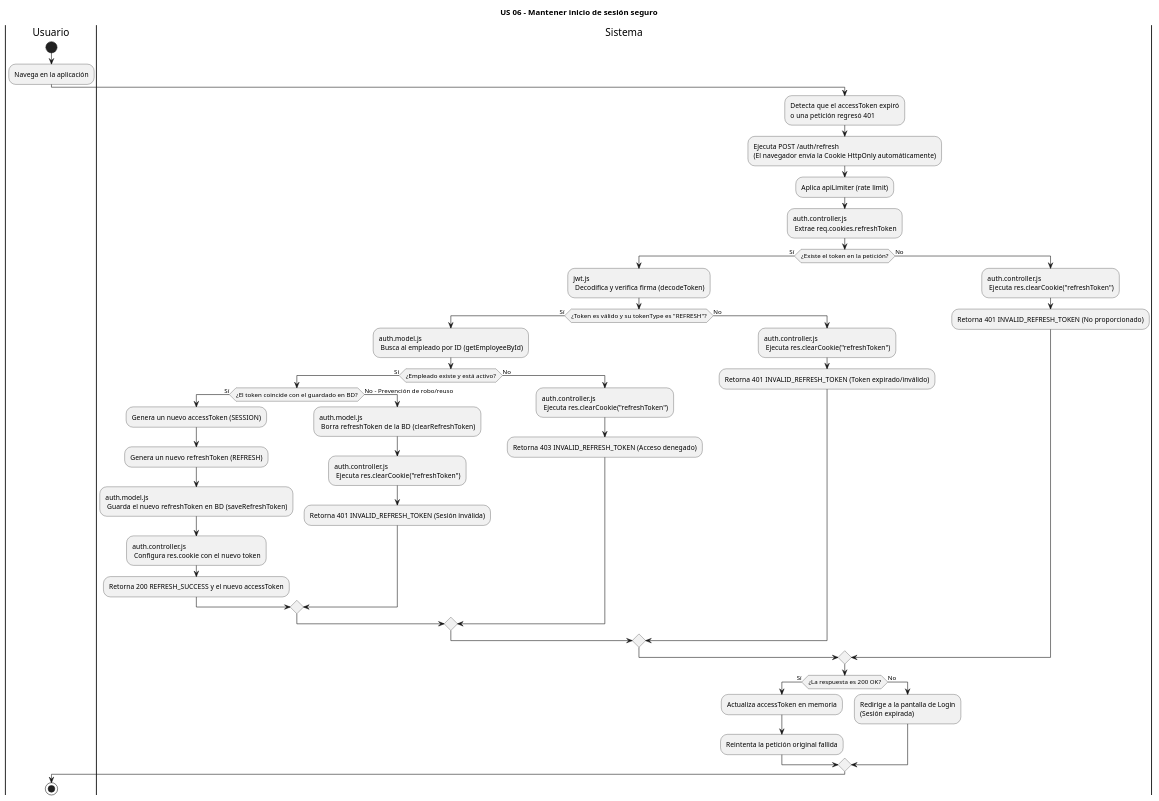
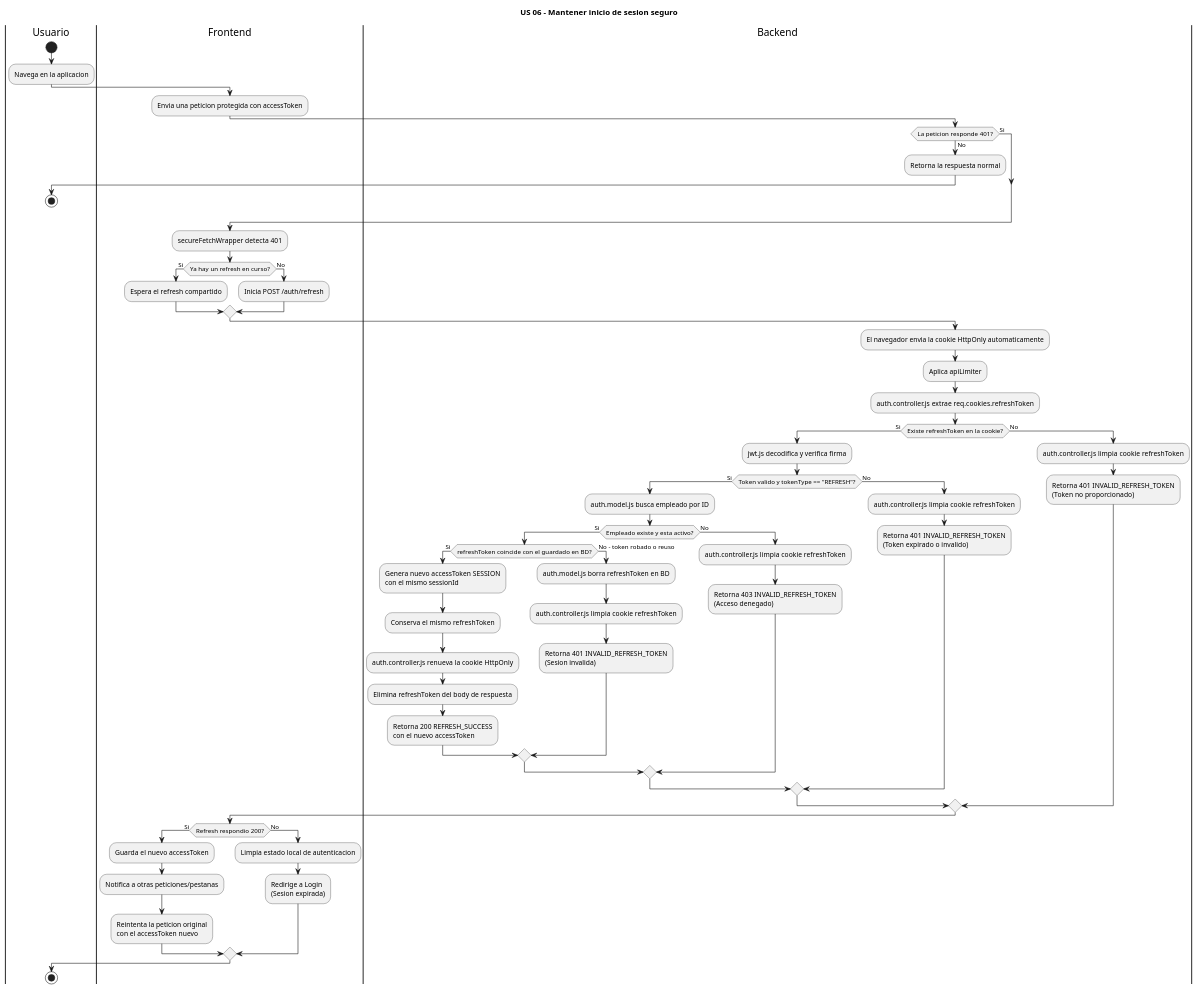
Before and after one commit to AztlanConsulting/RCHQ-Back: the diagram in diagrams/Activity diagram/US06.puml, drawn with PlantUML. The commit also changed 1 other file, not shown here.

Commit message:
docs: se actualizan los diagramas de us 06

```diff
--- a/diagrams/Activity diagram/US06.puml
+++ b/diagrams/Activity diagram/US06.puml
@@ -1,51 +1,73 @@
 @startuml
-title US 06 - Mantener inicio de sesión seguro
+title US 06 - Mantener inicio de sesion seguro
+
 |Usuario|
 start
-:Navega en la aplicación;
+:Navega en la aplicacion;
 
-|Sistema|
-:Detecta que el accessToken expiró\no una petición regresó 401;
-:Ejecuta POST /auth/refresh\n(El navegador envía la Cookie HttpOnly automáticamente);
-:Aplica apiLimiter (rate limit);
-:auth.controller.js \n Extrae req.cookies.refreshToken;
+|Frontend|
+:Envia una peticion protegida con accessToken;
 
-if (¿Existe el token en la petición?) then (Sí)
-    :jwt.js \n Decodifica y verifica firma (decodeToken);
-    if (¿Token es válido y su tokenType es "REFRESH"?) then (Sí)
-        :auth.model.js \n Busca al empleado por ID (getEmployeeById);
-        if (¿Empleado existe y está activo?) then (Sí)
-            if (¿El token coincide con el guardado en BD?) then (Sí)
-                :Genera un nuevo accessToken (SESSION);
-                :Genera un nuevo refreshToken (REFRESH);
-                :auth.model.js \n Guarda el nuevo refreshToken en BD (saveRefreshToken);
-                :auth.controller.js \n Configura res.cookie con el nuevo token;
-                :Retorna 200 REFRESH_SUCCESS y el nuevo accessToken;
-            else (No - Prevención de robo/reuso)
-                :auth.model.js \n Borra refreshToken de la BD (clearRefreshToken);
-                :auth.controller.js \n Ejecuta res.clearCookie("refreshToken");
-                :Retorna 401 INVALID_REFRESH_TOKEN (Sesión inválida);
+|Backend|
+if (La peticion responde 401?) then (Si)
+else (No)
+    :Retorna la respuesta normal;
+    |Usuario|
+    stop
+endif
+
+|Frontend|
+:secureFetchWrapper detecta 401;
+if (Ya hay un refresh en curso?) then (Si)
+    :Espera el refresh compartido;
+else (No)
+    :Inicia POST /auth/refresh;
+endif
+
+|Backend|
+:El navegador envia la cookie HttpOnly automaticamente;
+:Aplica apiLimiter;
+:auth.controller.js extrae req.cookies.refreshToken;
+
+if (Existe refreshToken en la cookie?) then (Si)
+    :jwt.js decodifica y verifica firma;
+    if (Token valido y tokenType == "REFRESH"?) then (Si)
+        :auth.model.js busca empleado por ID;
+        if (Empleado existe y esta activo?) then (Si)
+            if (refreshToken coincide con el guardado en BD?) then (Si)
+                :Genera nuevo accessToken SESSION\ncon el mismo sessionId;
+                :Conserva el mismo refreshToken;
+                :auth.controller.js renueva la cookie HttpOnly;
+                :Elimina refreshToken del body de respuesta;
+                :Retorna 200 REFRESH_SUCCESS\ncon el nuevo accessToken;
+            else (No - token robado o reuso)
+                :auth.model.js borra refreshToken en BD;
+                :auth.controller.js limpia cookie refreshToken;
+                :Retorna 401 INVALID_REFRESH_TOKEN\n(Sesion invalida);
             endif
         else (No)
-            :auth.controller.js \n Ejecuta res.clearCookie("refreshToken");
-            :Retorna 403 INVALID_REFRESH_TOKEN (Acceso denegado);
+            :auth.controller.js limpia cookie refreshToken;
+            :Retorna 403 INVALID_REFRESH_TOKEN\n(Acceso denegado);
         endif
     else (No)
-        :auth.controller.js \n Ejecuta res.clearCookie("refreshToken");
-        :Retorna 401 INVALID_REFRESH_TOKEN (Token expirado/inválido);
+        :auth.controller.js limpia cookie refreshToken;
+        :Retorna 401 INVALID_REFRESH_TOKEN\n(Token expirado o invalido);
     endif
 else (No)
-    :auth.controller.js \n Ejecuta res.clearCookie("refreshToken");
-    :Retorna 401 INVALID_REFRESH_TOKEN (No proporcionado);
+    :auth.controller.js limpia cookie refreshToken;
+    :Retorna 401 INVALID_REFRESH_TOKEN\n(Token no proporcionado);
 endif
 
-if (¿La respuesta es 200 OK?) then (Sí)
-    :Actualiza accessToken en memoria;
-    :Reintenta la petición original fallida;
+|Frontend|
+if (Refresh respondio 200?) then (Si)
+    :Guarda el nuevo accessToken;
+    :Notifica a otras peticiones/pestanas;
+    :Reintenta la peticion original\ncon el accessToken nuevo;
 else (No)
-    :Redirige a la pantalla de Login\n(Sesión expirada);
+    :Limpia estado local de autenticacion;
+    :Redirige a Login\n(Sesion expirada);
 endif
 
 |Usuario|
 stop
 @enduml
```
